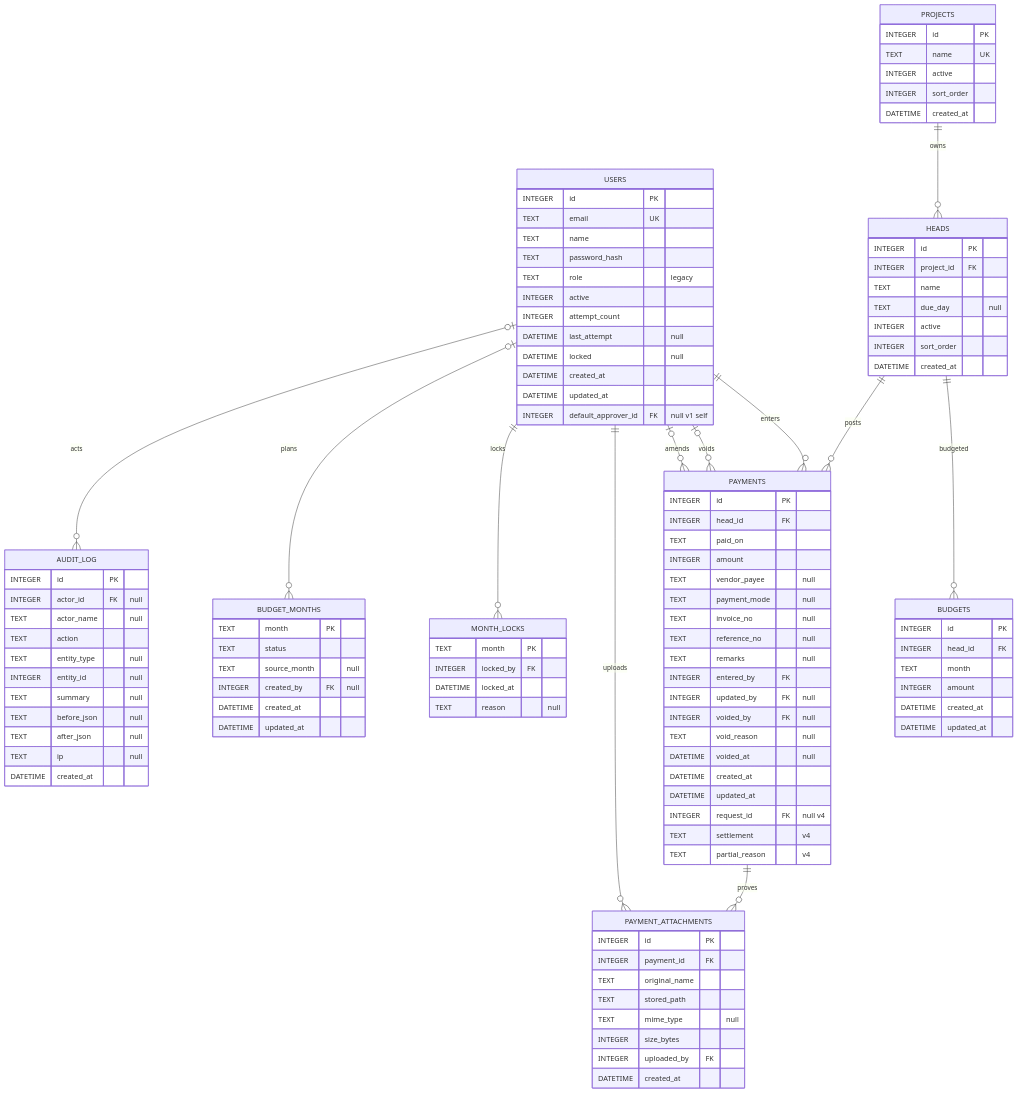
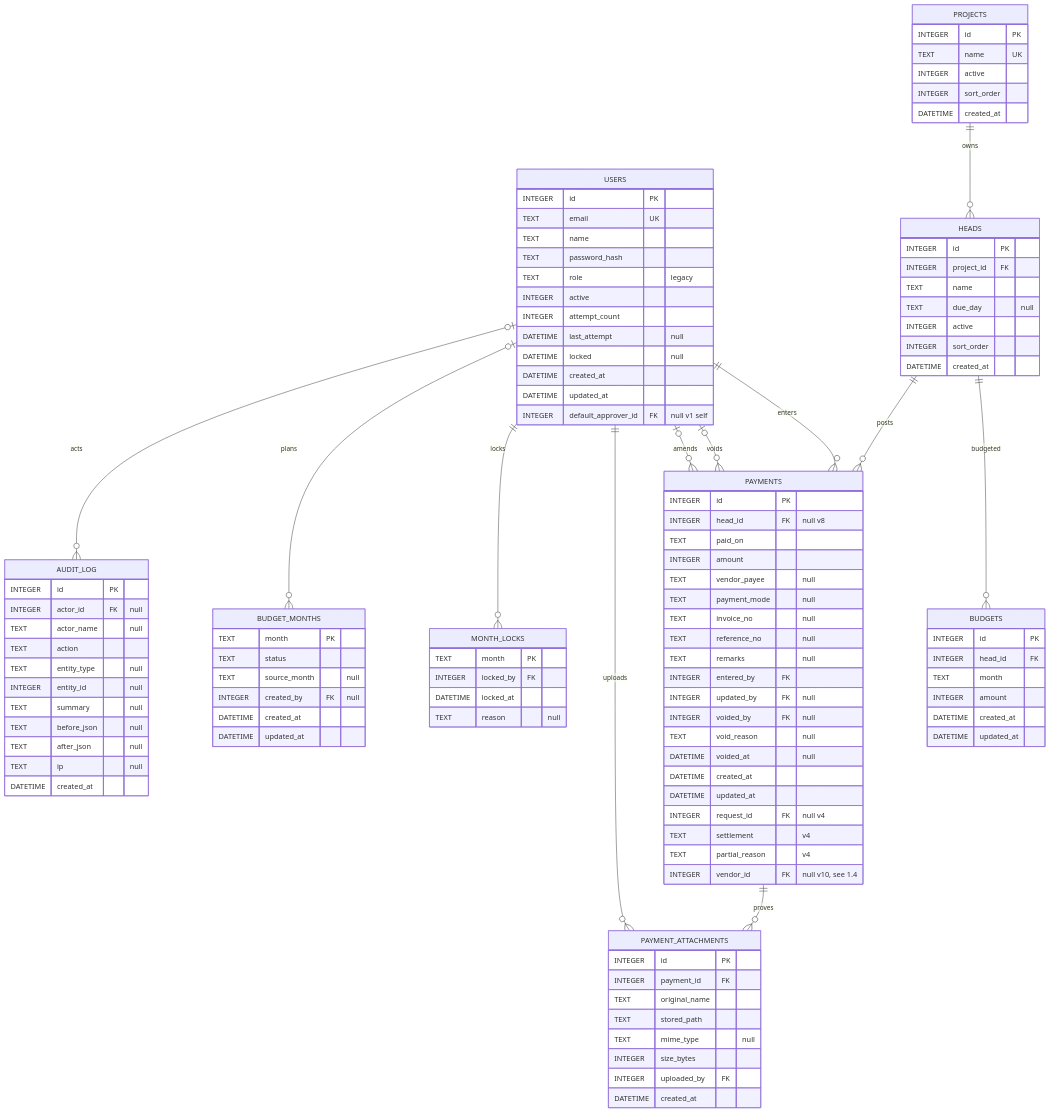
One commit to algotradingfervid/fervid-budget changed the first of 8 diagrams in docs/qa/uml/01-domain-model.md. Above: the diagram before and after it, drawn with Mermaid. The commit also changed other lines of this file and 41 other files, not shown here.

```diff
--- a/docs/qa/uml/01-domain-model.md
+++ b/docs/qa/uml/01-domain-model.md
@@ -77,7 +85,7 @@
   }
   PAYMENTS {
     INTEGER id PK
-    INTEGER head_id FK
+    INTEGER head_id FK "null v8"
     TEXT paid_on
     INTEGER amount
     TEXT vendor_payee "null"
@@ -95,6 +103,7 @@
     INTEGER request_id FK "null v4"
     TEXT settlement "v4"
     TEXT partial_reason "v4"
+    INTEGER vendor_id FK "null v10, see 1.4"
   }
   PAYMENT_ATTACHMENTS {
     INTEGER id PK
```
